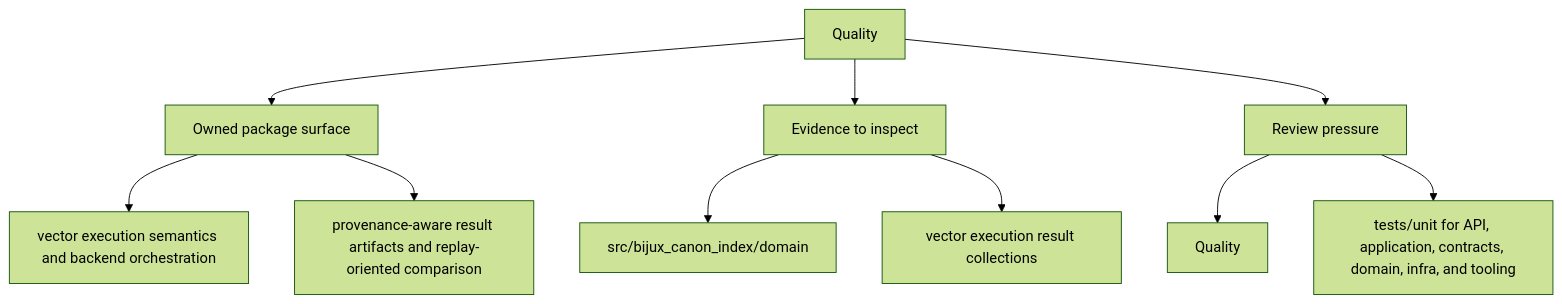
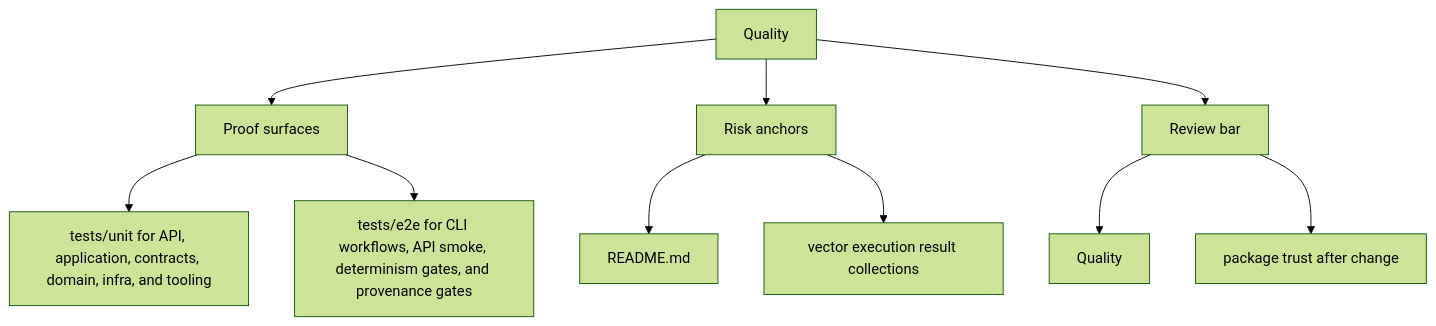
One commit to bijux/bijux-canon changed the second of 2 diagrams in docs/bijux-canon-index/quality/index.md. Above: the diagram before and after it, drawn with Mermaid (forest theme). The commit also changed other lines of this file and 250 other files, not shown here.

Commit message:
docs(diagrams): make product page maps more readable

````diff
--- a/docs/bijux-canon-index/quality/index.md
+++ b/docs/bijux-canon-index/quality/index.md
@@ -32,22 +32,22 @@
 ```mermaid
 flowchart TD
     page["Quality"]
-    focus1["Owned package surface"]
+    focus1["Proof surfaces"]
     page --> focus1
-    focus1_1["vector execution semantics and backend orchestration"]
+    focus1_1["tests/unit for API, application, contracts, domain, infra, and tooling"]
     focus1 --> focus1_1
-    focus1_2["provenance-aware result artifacts and replay-oriented comparison"]
+    focus1_2["tests/e2e for CLI workflows, API smoke, determinism gates, and provenance gates"]
     focus1 --> focus1_2
-    focus2["Evidence to inspect"]
+    focus2["Risk anchors"]
     page --> focus2
-    focus2_1["src/bijux_canon_index/domain"]
+    focus2_1["README.md"]
     focus2 --> focus2_1
     focus2_2["vector execution result collections"]
     focus2 --> focus2_2
-    focus3["Review pressure"]
+    focus3["Review bar"]
     page --> focus3
     focus3_1["Quality"]
     focus3 --> focus3_1
-    focus3_2["tests/unit for API, application, contracts, domain, infra, and tooling"]
+    focus3_2["package trust after change"]
     focus3 --> focus3_2
 ```
````
